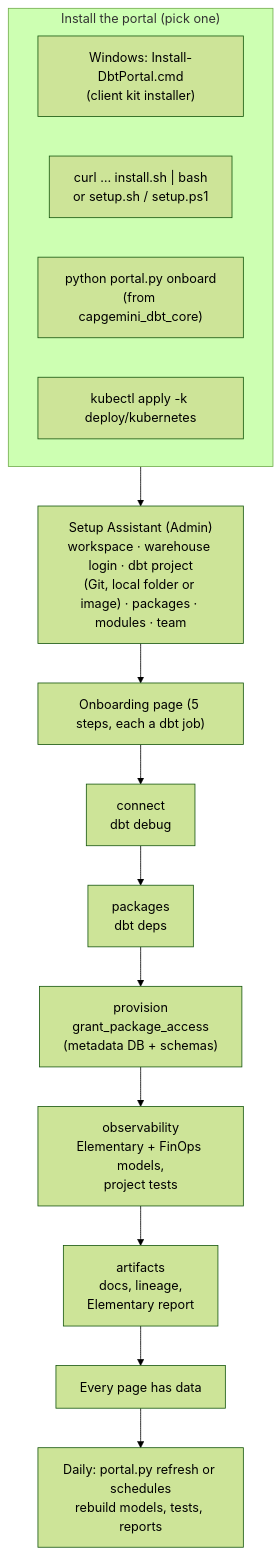
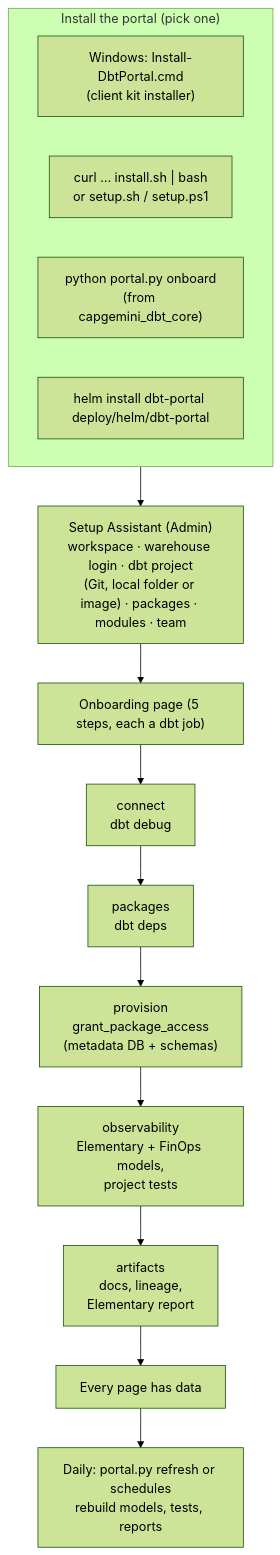
Before and after one commit to omaryehia015/capgemini-dbt-portal-deploy: the fifth of 9 diagrams in docs/SYSTEM_GUIDE.md, drawn with Mermaid (forest theme). The commit also changed other lines of this file and 88 other files, not shown here.

Commit message:
Add client install modes, Helm chart, OCI chart and release automation

````diff
--- a/docs/SYSTEM_GUIDE.md
+++ b/docs/SYSTEM_GUIDE.md
@@ -186,14 +186,14 @@
 ```mermaid
 flowchart TD
   subgraph install["Install the portal (pick one)"]
     I1["Windows: Install-DbtPortal.cmd<br/>(client kit installer)"]
     I2["curl … install.sh | bash<br/>or setup.sh / setup.ps1"]
     I3["python portal.py onboard<br/>(from capgemini_dbt_core)"]
-    I4["kubectl apply -k deploy/kubernetes"]
+    I4["helm install dbt-portal deploy/helm/dbt-portal"]
   end
   install --> SA["Setup Assistant (Admin)<br/>workspace · warehouse login · dbt project<br/>(Git, local folder or image) · packages · modules · team"]
   SA --> OB["Onboarding page (5 steps, each a dbt job)"]
   OB --> S1["connect<br/>dbt debug"] --> S2["packages<br/>dbt deps"] --> S3["provision<br/>grant_package_access<br/>(metadata DB + schemas)"] --> S4["observability<br/>Elementary + FinOps models,<br/>project tests"] --> S5["artifacts<br/>docs, lineage,<br/>Elementary report"]
   S5 --> USE["Every page has data"]
   USE --> REF["Daily: portal.py refresh or schedules<br/>rebuild models, tests, reports"]
 ```
````
